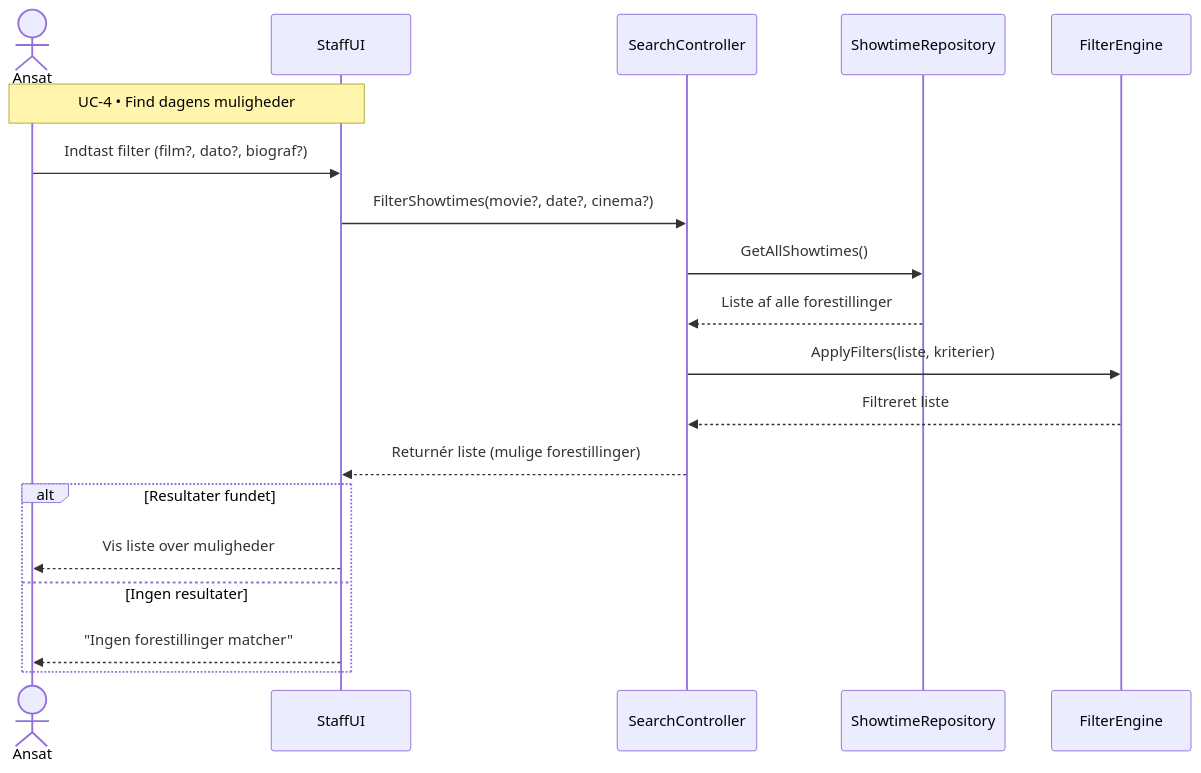
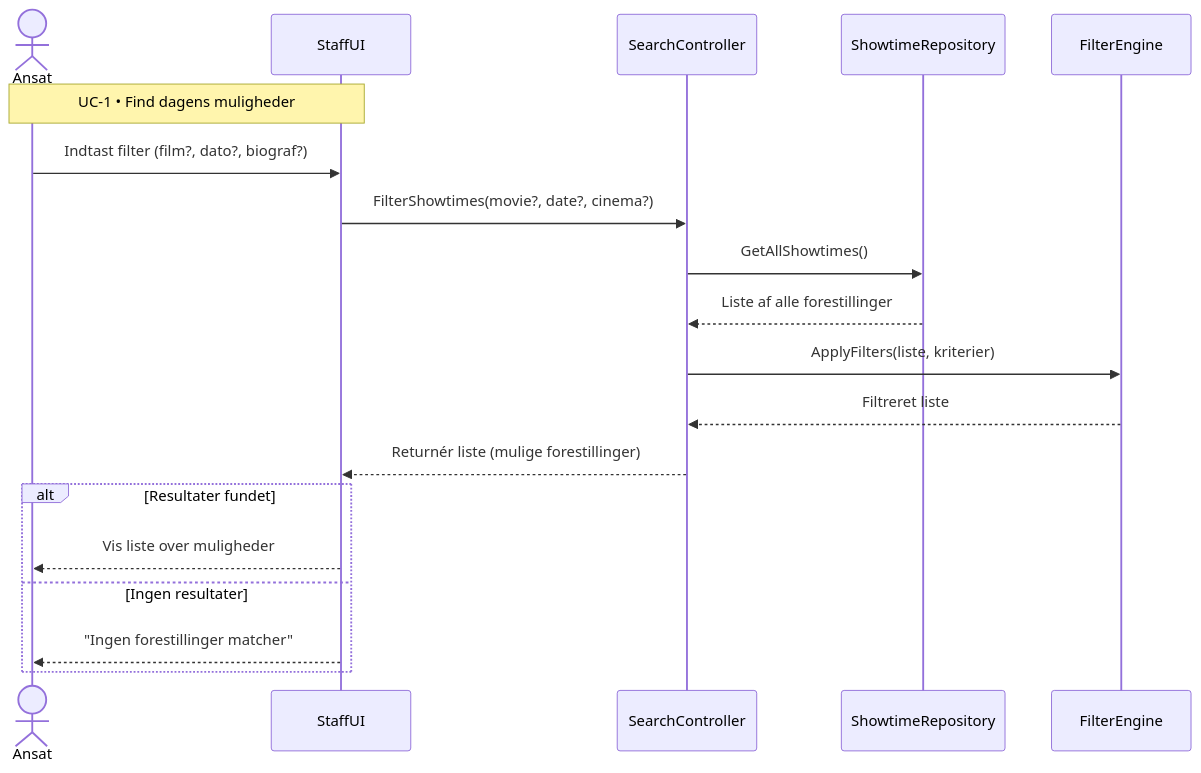
The diagram in docs/Scenarie 3 UC1/SD S3 UC1.mmd (DMOoF25/TheMovie), drawn with Mermaid before and after one commit.

Commit message:
Update SD S3 UC1.mmd

```diff
--- a/docs/Scenarie 3 UC1/SD S3 UC1.mmd
+++ b/docs/Scenarie 3 UC1/SD S3 UC1.mmd
@@ -1,21 +1,21 @@
 sequenceDiagram
     actor Staff as Ansat
     participant UI as StaffUI
     participant Controller as SearchController
     participant Repo as ShowtimeRepository
     participant Filter as FilterEngine
 
-    Note over Staff,UI: UC-4 • Find dagens muligheder
+    Note over Staff,UI: UC-1 • Find dagens muligheder
 
     Staff->>UI: Indtast filter (film?, dato?, biograf?)
     UI->>Controller: FilterShowtimes(movie?, date?, cinema?)
     Controller->>Repo: GetAllShowtimes()
     Repo-->>Controller: Liste af alle forestillinger
     Controller->>Filter: ApplyFilters(liste, kriterier)
     Filter-->>Controller: Filtreret liste
     Controller-->>UI: Returnér liste (mulige forestillinger)
     alt Resultater fundet
         UI-->>Staff: Vis liste over muligheder
     else Ingen resultater
         UI-->>Staff: "Ingen forestillinger matcher"
     end
```
